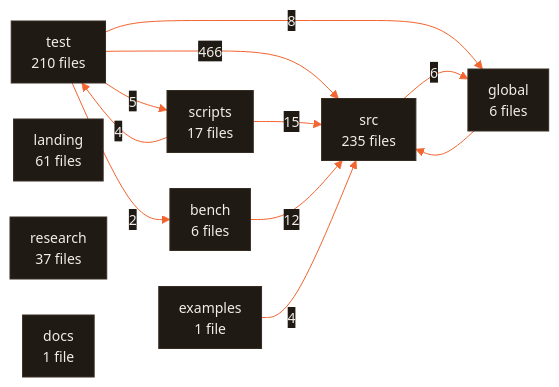
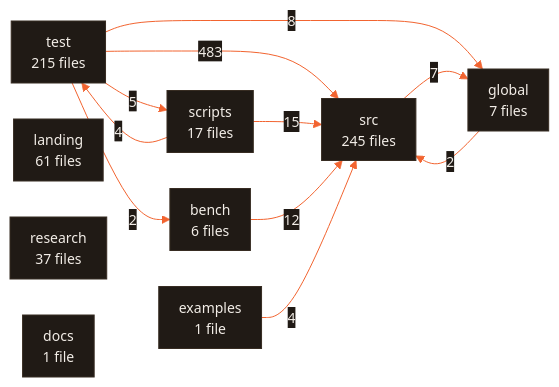
The diagram in ARCHITECTURE.md (CodeWithJuber/forgekit), drawn with Mermaid before and after one commit. The commit also changed 77 other files, not shown here.

````diff
--- a/ARCHITECTURE.md
+++ b/ARCHITECTURE.md
@@ -677,23 +677,23 @@
 ```mermaid
 %%{init: {'theme':'base','themeVariables':{'primaryColor':'#201a15','primaryTextColor':'#f2ede7','primaryBorderColor':'#372c22','lineColor':'#f26430','secondaryColor':'#272019','tertiaryColor':'#171310','edgeLabelBackground':'#201a15','clusterBkg':'#171310','clusterBorder':'#4a3b2e','fontFamily':'ui-sans-serif, system-ui, sans-serif','fontSize':'14px'},'flowchart':{'curve':'basis','padding':10,'nodeSpacing':36,'rankSpacing':44}}}%%
 flowchart LR
-  src["src<br/>235 files"]
-  test["test<br/>210 files"]
+  src["src<br/>245 files"]
+  test["test<br/>215 files"]
   landing["landing<br/>61 files"]
   research["research<br/>37 files"]
   scripts["scripts<br/>17 files"]
+  global["global<br/>7 files"]
   bench["bench<br/>6 files"]
-  global["global<br/>6 files"]
   docs["docs<br/>1 file"]
   examples["examples<br/>1 file"]
-  test -- 466 --> src
+  test -- 483 --> src
   scripts -- 15 --> src
   bench -- 12 --> src
   test -- 8 --> global
-  src -- 6 --> global
+  src -- 7 --> global
   test -- 5 --> scripts
   examples -- 4 --> src
   scripts -- 4 --> test
+  global -- 2 --> src
   test -- 2 --> bench
-  global --> src
 ```
````
